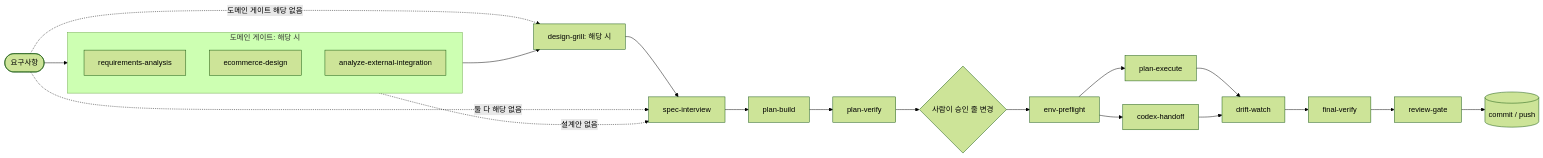
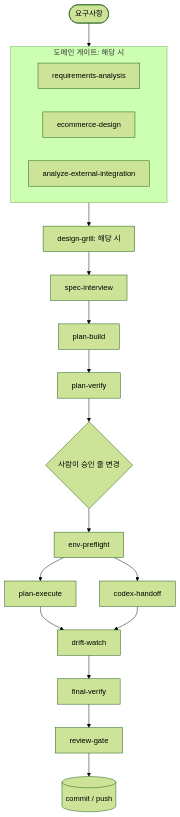
The diagram in README.md (iohyeon/contract-first-harness), drawn with Mermaid (forest theme) before and after one commit. The commit also changed other lines of this file, not shown here.

Commit message:
docs: vertical flow diagram without skip arrows
Lay the flow out top to bottom so it stays legible at narrow widths, and
replace the three dashed skip paths with one line under the diagram.

````diff
--- a/README.md
+++ b/README.md
@@ -11,25 +11,23 @@
 ```mermaid
-flowchart LR
+flowchart TB
   subgraph D[도메인 게이트: 해당 시]
+    direction LR
     RA[requirements-analysis]
     EC[ecommerce-design]
     AI[analyze-external-integration]
   end
   Q([요구사항]) --> D
   D --> G[design-grill: 해당 시]
-  Q -. 도메인 게이트 해당 없음 .-> G
   G --> S[spec-interview]
-  D -. 설계안 없음 .-> S
-  Q -. 둘 다 해당 없음 .-> S
   S --> B[plan-build]
   B --> V[plan-verify]
   V --> H{사람이 승인 줄 변경}
   H --> P[env-preflight]
   P --> E[plan-execute]
   P --> C[codex-handoff]
   E --> W[drift-watch]
   C --> W
   W --> F[final-verify]
   F --> R[review-gate]
   R --> K[(commit / push)]
 ```
````
